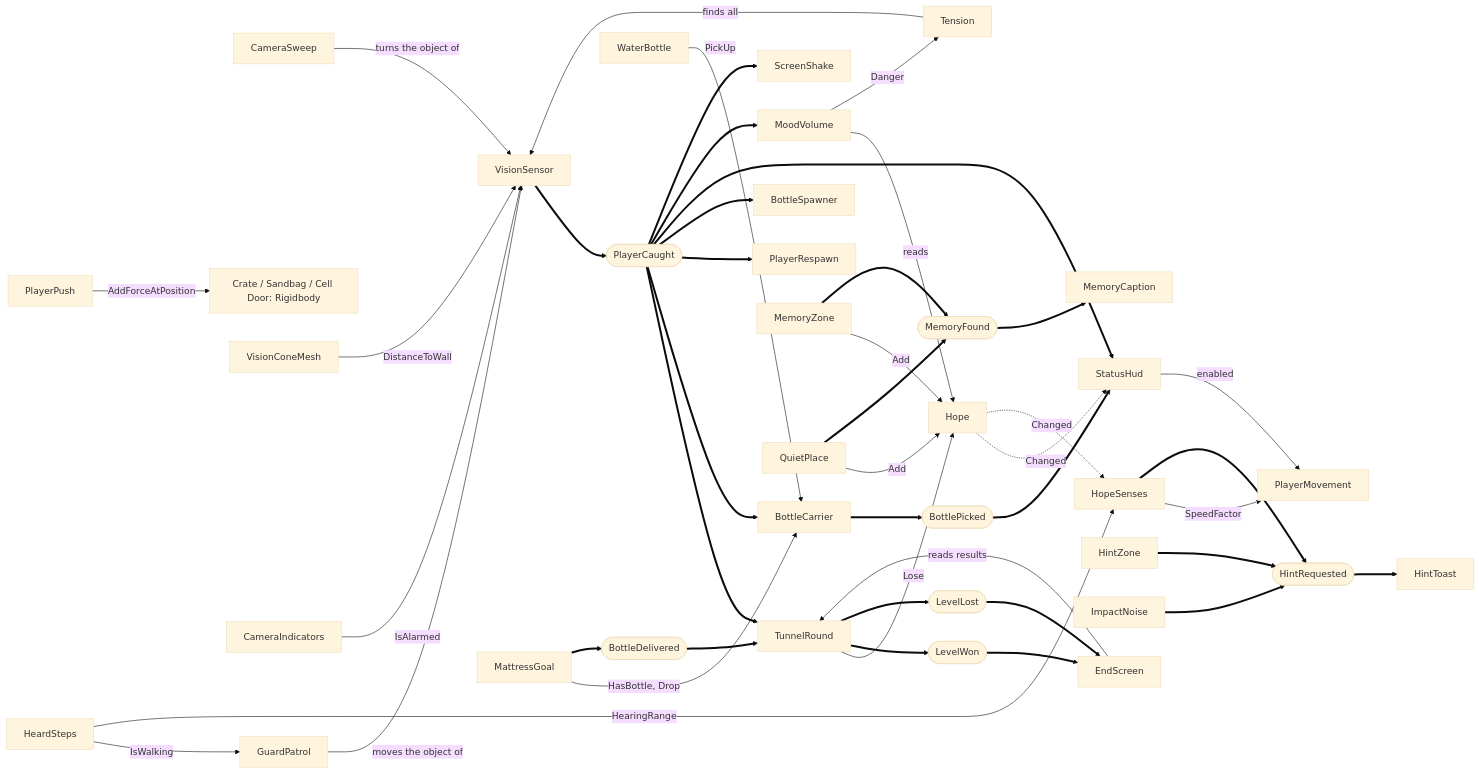
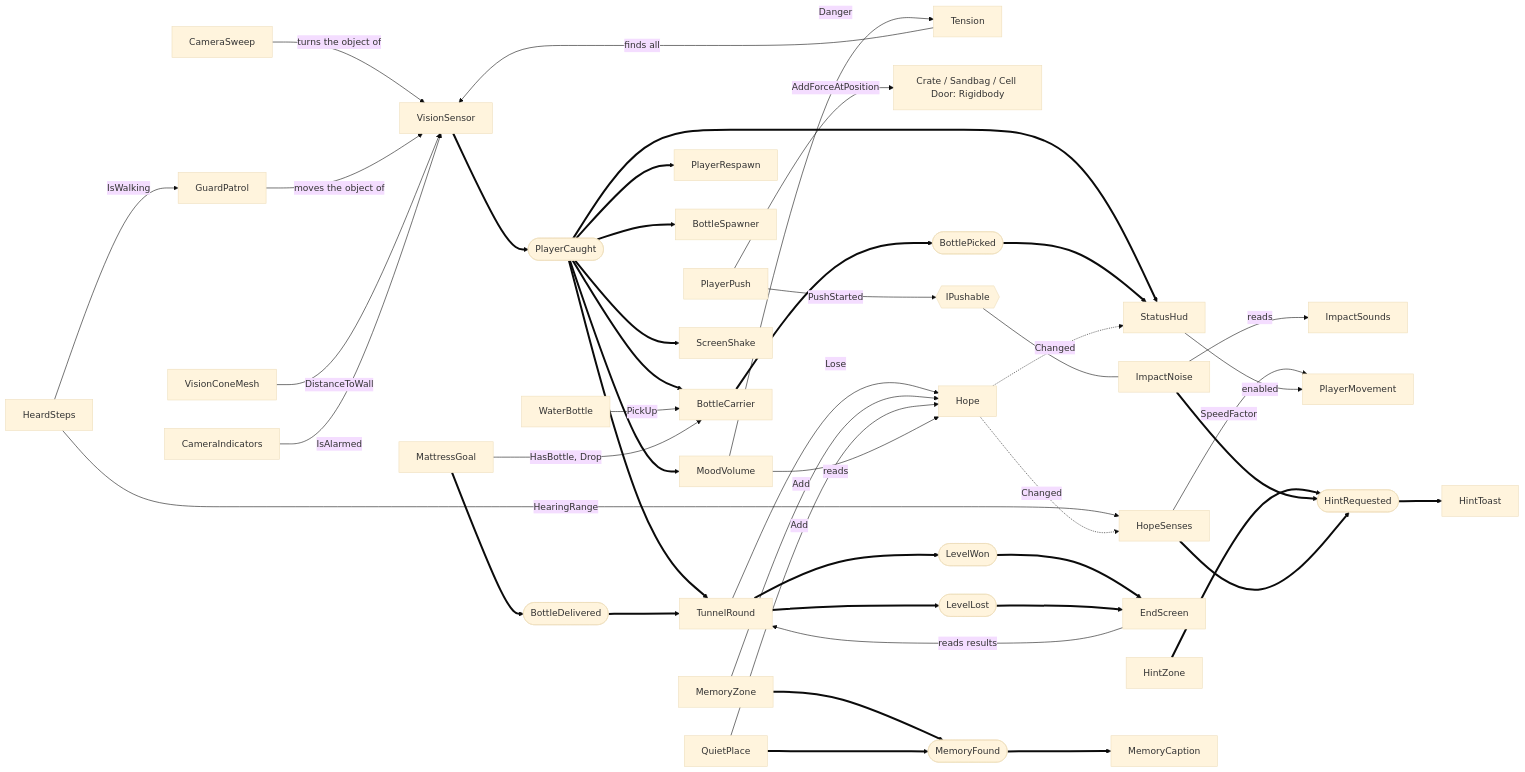
Before and after one commit to Game-development-Ariel/ex4-light-in-the-tunnel: the diagram in README.md, drawn with Mermaid (base theme). The commit also changed other lines of this file and 22 other files, not shown here.

First line of the commit message:
Give crates and sandbags real impact and touch sounds

````diff
--- a/README.md
+++ b/README.md
@@ -83,45 +83,48 @@
 ```mermaid
 flowchart LR
     CameraSweep -- turns the object of --> VisionSensor
     GuardPatrol -- moves the object of --> VisionSensor
     VisionConeMesh -- DistanceToWall --> VisionSensor
     CameraIndicators -- IsAlarmed --> VisionSensor
     Tension -- finds all --> VisionSensor
     HeardSteps -- IsWalking --> GuardPatrol
     HeardSteps -- HearingRange --> HopeSenses
     VisionSensor ==> PlayerCaught([PlayerCaught])
 
     PlayerCaught ==> TunnelRound
     PlayerCaught ==> BottleCarrier
     PlayerCaught ==> PlayerRespawn
     PlayerCaught ==> BottleSpawner
     PlayerCaught ==> StatusHud
     PlayerCaught ==> MoodVolume
     PlayerCaught ==> ScreenShake
 
     PlayerPush -- AddForceAtPosition --> Pushable[Crate / Sandbag / Cell Door: Rigidbody]
+    PlayerPush -- PushStarted --> IPushable{{IPushable}}
+    IPushable --- ImpactNoise
+    ImpactNoise -- reads --> ImpactSounds
     WaterBottle -- PickUp --> BottleCarrier
     MattressGoal -- HasBottle, Drop --> BottleCarrier
     BottleCarrier ==> BottlePicked([BottlePicked]) ==> StatusHud
     MattressGoal ==> BottleDelivered([BottleDelivered]) ==> TunnelRound
 
     TunnelRound -- Lose --> Hope
     MemoryZone -- Add --> Hope
     QuietPlace -- Add --> Hope
     Hope -. Changed .-> StatusHud
     Hope -. Changed .-> HopeSenses
     HopeSenses -- SpeedFactor --> PlayerMovement
 
     TunnelRound ==> LevelWon([LevelWon]) ==> EndScreen
     TunnelRound ==> LevelLost([LevelLost]) ==> EndScreen
     EndScreen -- reads results --> TunnelRound
     StatusHud -- enabled --> PlayerMovement
     MoodVolume -- reads --> Hope
     MoodVolume -- Danger --> Tension
 
     HintZone ==> HintRequested([HintRequested]) ==> HintToast
     ImpactNoise ==> HintRequested
     HopeSenses ==> HintRequested
     MemoryZone ==> MemoryFound([MemoryFound]) ==> MemoryCaption
     QuietPlace ==> MemoryFound
 ```
````
